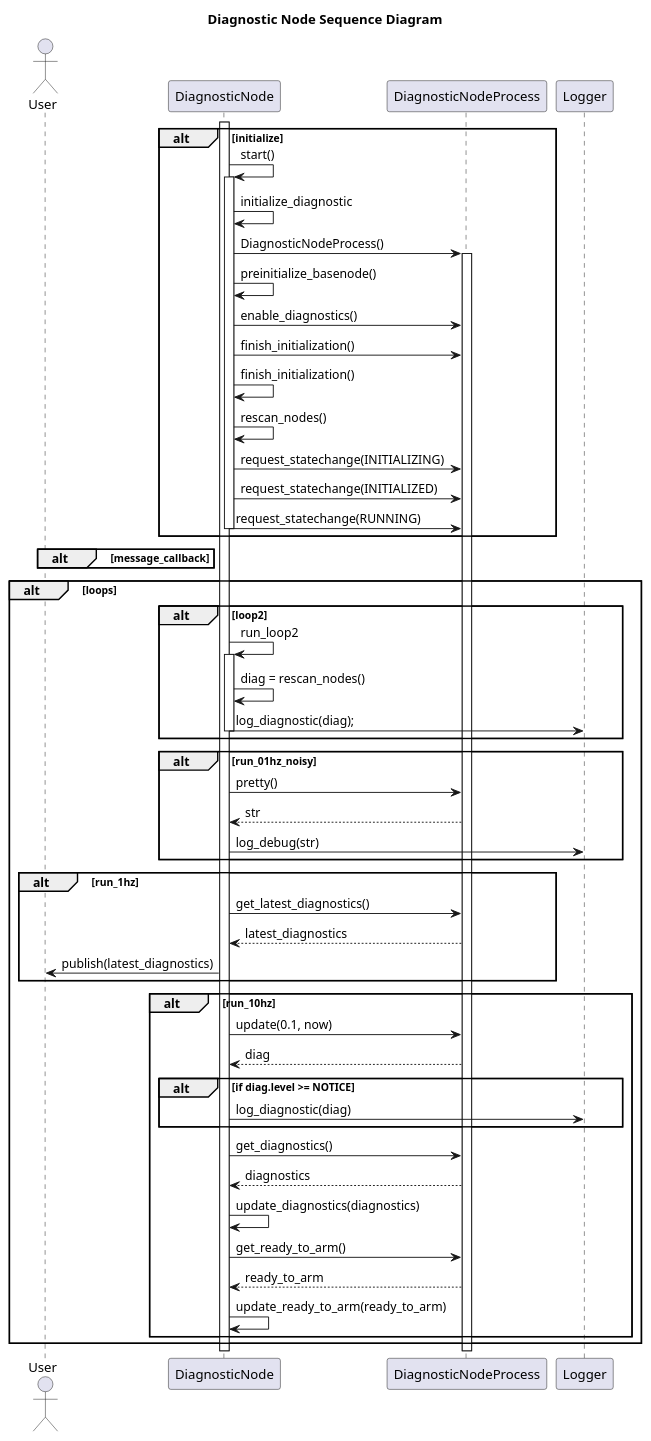
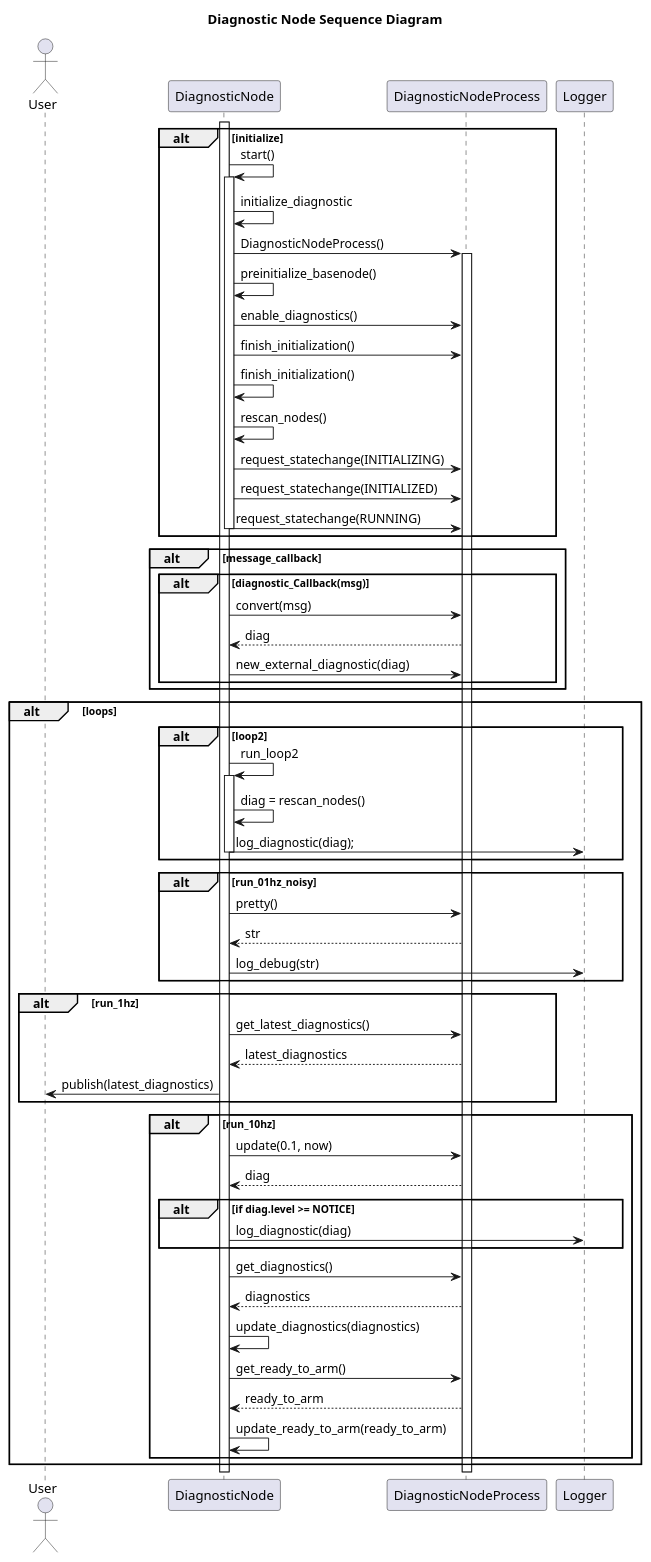
Before and after one commit to dgitz/eros: the diagram in doc/Diagnostic/DiagnosticNodeSequenceDiagram.puml, drawn with PlantUML. The commit also changed 3 other files, not shown here.

```diff
--- a/doc/Diagnostic/DiagnosticNodeSequenceDiagram.puml
+++ b/doc/Diagnostic/DiagnosticNodeSequenceDiagram.puml
@@ -1,59 +1,64 @@
 @startuml
 title Diagnostic Node Sequence Diagram
 actor User as user
 participant DiagnosticNode as node
 participant DiagnosticNodeProcess as process
 participant Logger as logger
 
 alt initialize
     activate node
     node -> node++: start()
     node -> node: initialize_diagnostic
     node -> process++: DiagnosticNodeProcess()
     node -> node: preinitialize_basenode()
     node -> process: enable_diagnostics()
     node -> process: finish_initialization()
     node -> node: finish_initialization()
     node -> node: rescan_nodes()
     node -> process: request_statechange(INITIALIZING)
     node -> process: request_statechange(INITIALIZED)
     node -> process: request_statechange(RUNNING)
     node--
 end
 
 alt message_callback
+    alt diagnostic_Callback(msg)
+    node -> process: convert(msg)
+    process --> node: diag
+    node -> process: new_external_diagnostic(diag)
+    end
 end
 
 alt loops
     alt loop2
         node -> node++: run_loop2
         node -> node: diag = rescan_nodes()
         node -> logger: log_diagnostic(diag);
         node--
     end
     alt run_01hz_noisy
         node -> process: pretty()
         process --> node: str
         node -> logger: log_debug(str)
     end
     alt run_1hz
         node -> process: get_latest_diagnostics()
         process --> node: latest_diagnostics
         node -> user: publish(latest_diagnostics)
     end
     alt run_10hz
         node -> process: update(0.1, now)
         process --> node: diag
         alt if diag.level >= NOTICE
             node -> logger: log_diagnostic(diag)
         end
         node -> process: get_diagnostics()
         process --> node: diagnostics
         node -> node: update_diagnostics(diagnostics)
         node -> process: get_ready_to_arm()
         process --> node: ready_to_arm
         node -> node: update_ready_to_arm(ready_to_arm)
 
     end
 end
 @enduml
```
